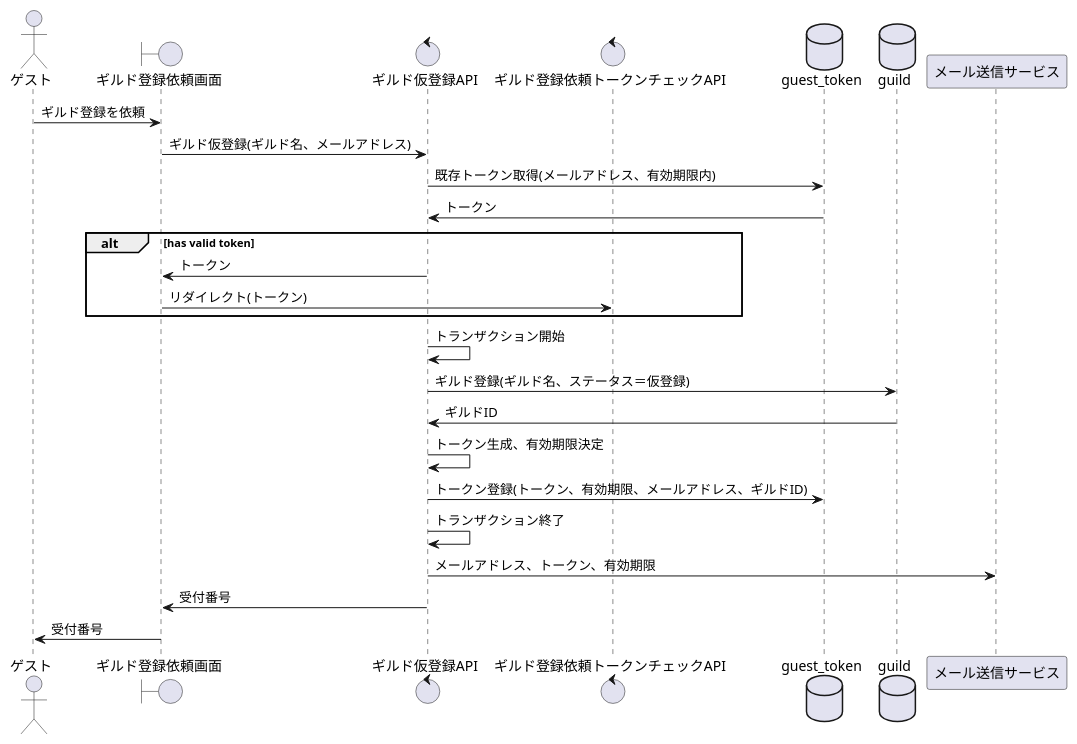
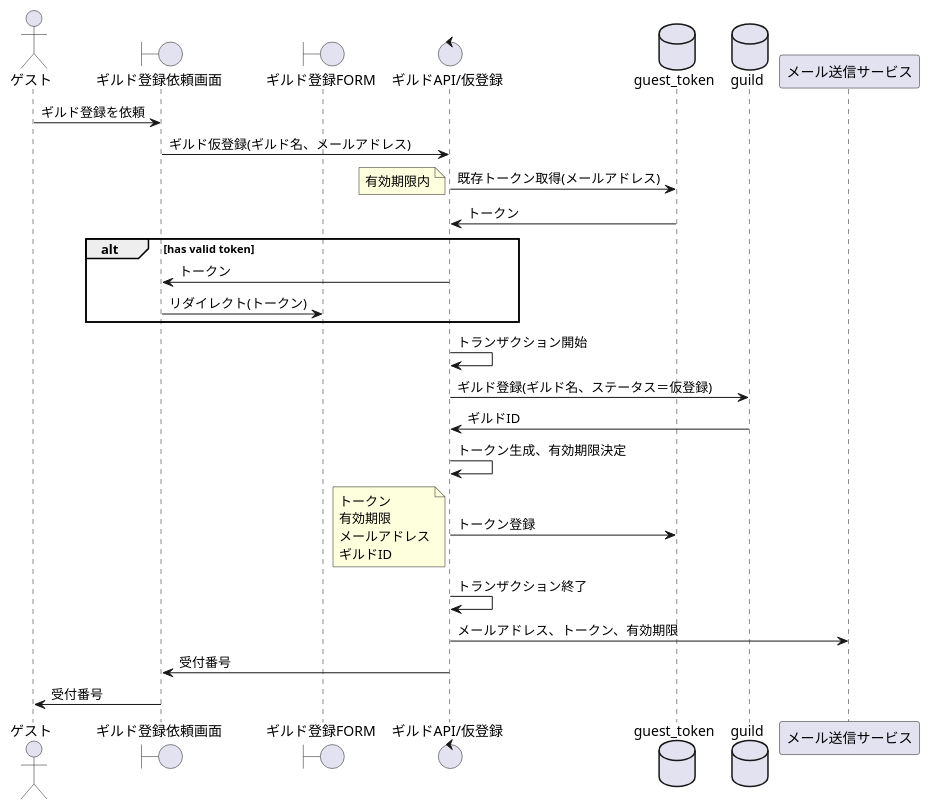
The diagram in design/sequence/001_ギルド登録を依頼（仮登録）する.puml (sky0621/familiagildo), drawn with PlantUML before and after one commit. The commit also changed 2 other files, not shown here.

```diff
--- a/design/sequence/001_ギルド登録を依頼（仮登録）する.puml
+++ b/design/sequence/001_ギルド登録を依頼（仮登録）する.puml
@@ -1,29 +1,36 @@
 @startuml
 
 actor ゲスト as guest
-boundary ギルド登録依頼画面 as form
-control ギルド仮登録API as handler
-control ギルド登録依頼トークンチェックAPI as handler2
+boundary ギルド登録依頼画面 as page1
+boundary ギルド登録FORM as page2
+control "ギルドAPI/仮登録" as api1
 database guest_token
 database guild
 participant メール送信サービス as mail
 
-guest -> form:ギルド登録を依頼
-form -> handler:ギルド仮登録(ギルド名、メールアドレス)
-handler -> guest_token:既存トークン取得(メールアドレス、有効期限内)
-guest_token -> handler:トークン
+guest -> page1:ギルド登録を依頼
+page1 -> api1:ギルド仮登録(ギルド名、メールアドレス)
+api1 -> guest_token:既存トークン取得(メールアドレス)
+note left: 有効期限内
+guest_token -> api1:トークン
 alt has valid token
-handler -> form:トークン
-form -> handler2:リダイレクト(トークン)
+api1 -> page1:トークン
+page1 -> page2:リダイレクト(トークン)
 end
-handler -> handler:トランザクション開始
-handler -> guild:ギルド登録(ギルド名、ステータス＝仮登録)
-guild -> handler:ギルドID
-handler -> handler:トークン生成、有効期限決定
-handler -> guest_token:トークン登録(トークン、有効期限、メールアドレス、ギルドID)
-handler -> handler:トランザクション終了
-handler -> mail:メールアドレス、トークン、有効期限
-handler -> form:受付番号
-form -> guest:受付番号
+api1 -> api1:トランザクション開始
+api1 -> guild:ギルド登録(ギルド名、ステータス＝仮登録)
+guild -> api1:ギルドID
+api1 -> api1:トークン生成、有効期限決定
+api1 -> guest_token:トークン登録
+note left
+トークン
+有効期限
+メールアドレス
+ギルドID
+end note
+api1 -> api1:トランザクション終了
+api1 -> mail:メールアドレス、トークン、有効期限
+api1 -> page1:受付番号
+page1 -> guest:受付番号
 
 @enduml
```
